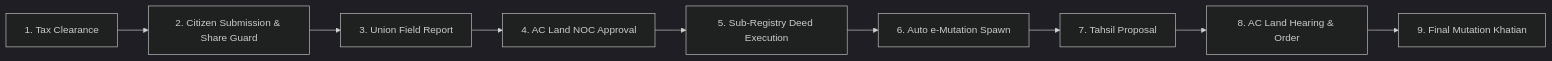
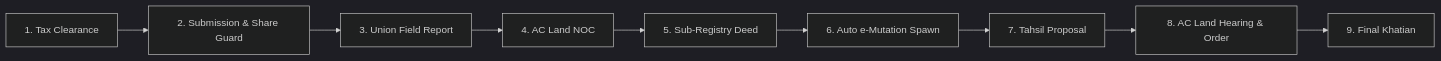
One commit to BornilMahmud/VumiSeba changed the first of 2 diagrams in README.md. Above: the diagram before and after it, drawn with Mermaid (dark theme). The commit also changed other lines of this file, not shown here.

````diff
--- a/README.md
+++ b/README.md
@@ -30,11 +97,11 @@
 ```mermaid
 graph LR
-    S1["1. Tax Clearance"] --> S2["2. Citizen Submission & Share Guard"]
+    S1["1. Tax Clearance"] --> S2["2. Submission & Share Guard"]
     S2 --> S3["3. Union Field Report"]
-    S3 --> S4["4. AC Land NOC Approval"]
-    S4 --> S5["5. Sub-Registry Deed Execution"]
+    S3 --> S4["4. AC Land NOC"]
+    S4 --> S5["5. Sub-Registry Deed"]
     S5 --> S6["6. Auto e-Mutation Spawn"]
     S6 --> S7["7. Tahsil Proposal"]
     S7 --> S8["8. AC Land Hearing & Order"]
-    S8 --> S9["9. Final Mutation Khatian"]
+    S8 --> S9["9. Final Khatian"]
 ```
````
